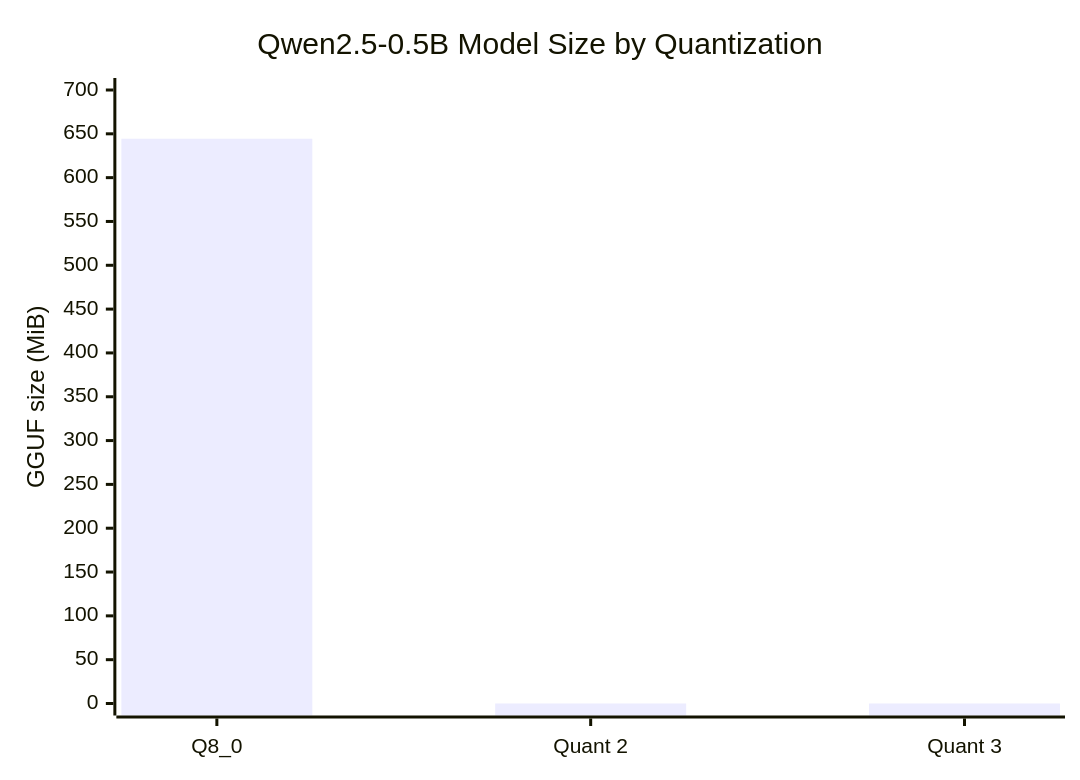
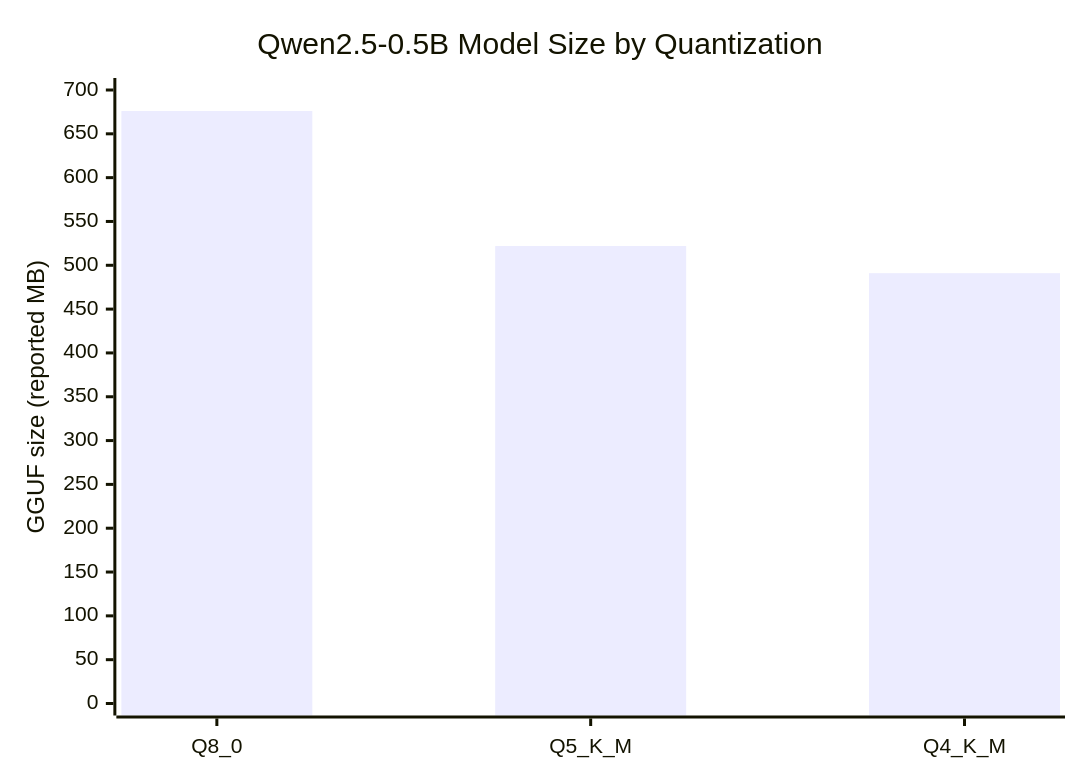
One commit to venthandinesh/SoC_Design_Lab changed the seventh of 9 diagrams in lab1_report.md. Above: the diagram before and after it, drawn with Mermaid. The commit also changed other lines of this file, not shown here.

````diff
--- a/lab1_report.md
+++ b/lab1_report.md
@@ -129,7 +139,7 @@
 ```mermaid
 xychart-beta
     title "Qwen2.5-0.5B Model Size by Quantization"
-    x-axis ["Q8_0", "Quant 2", "Quant 3"]
-    y-axis "GGUF size (MiB)" 0 --> 700
-    bar [644.4, 0, 0]
+    x-axis ["Q8_0", "Q5_K_M", "Q4_K_M"]
+    y-axis "GGUF size (reported MB)" 0 --> 700
+    bar [676, 522, 491]
 ```
````
